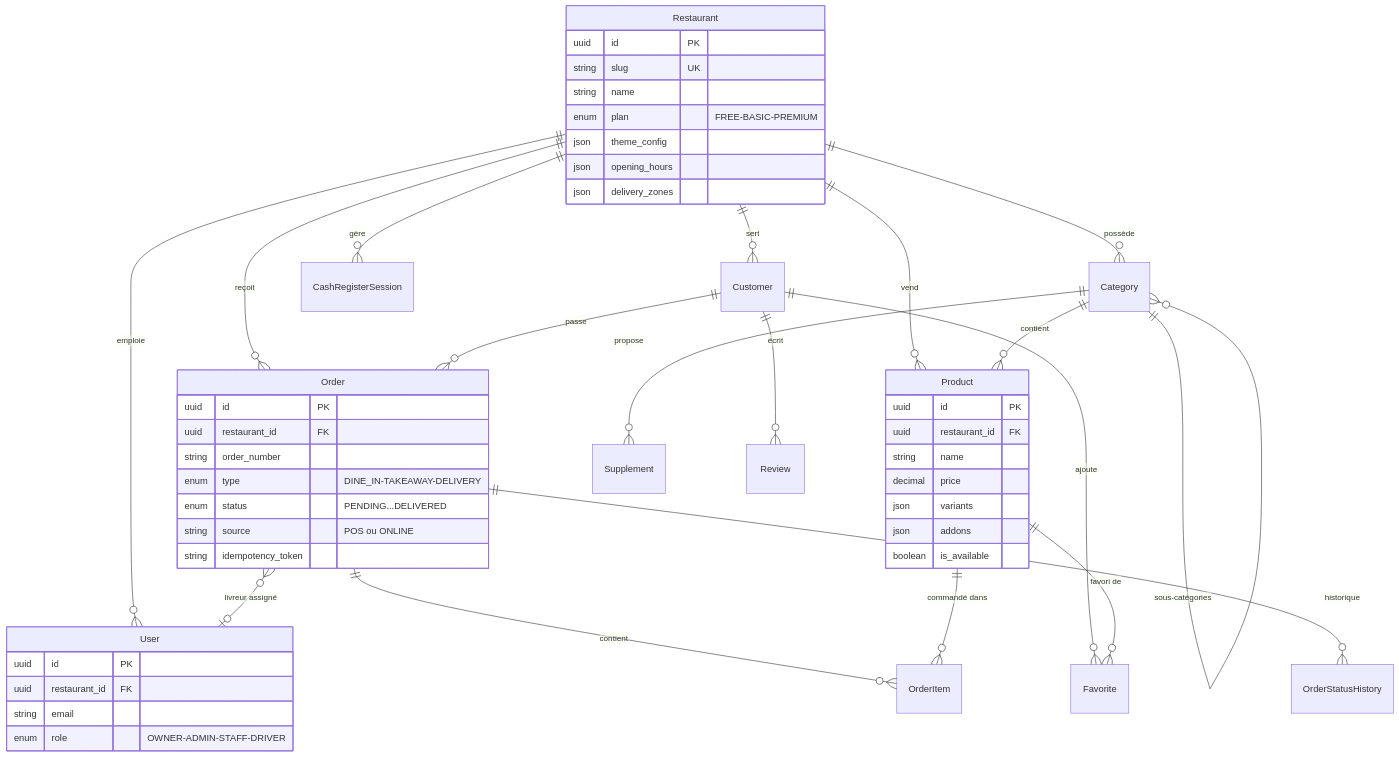
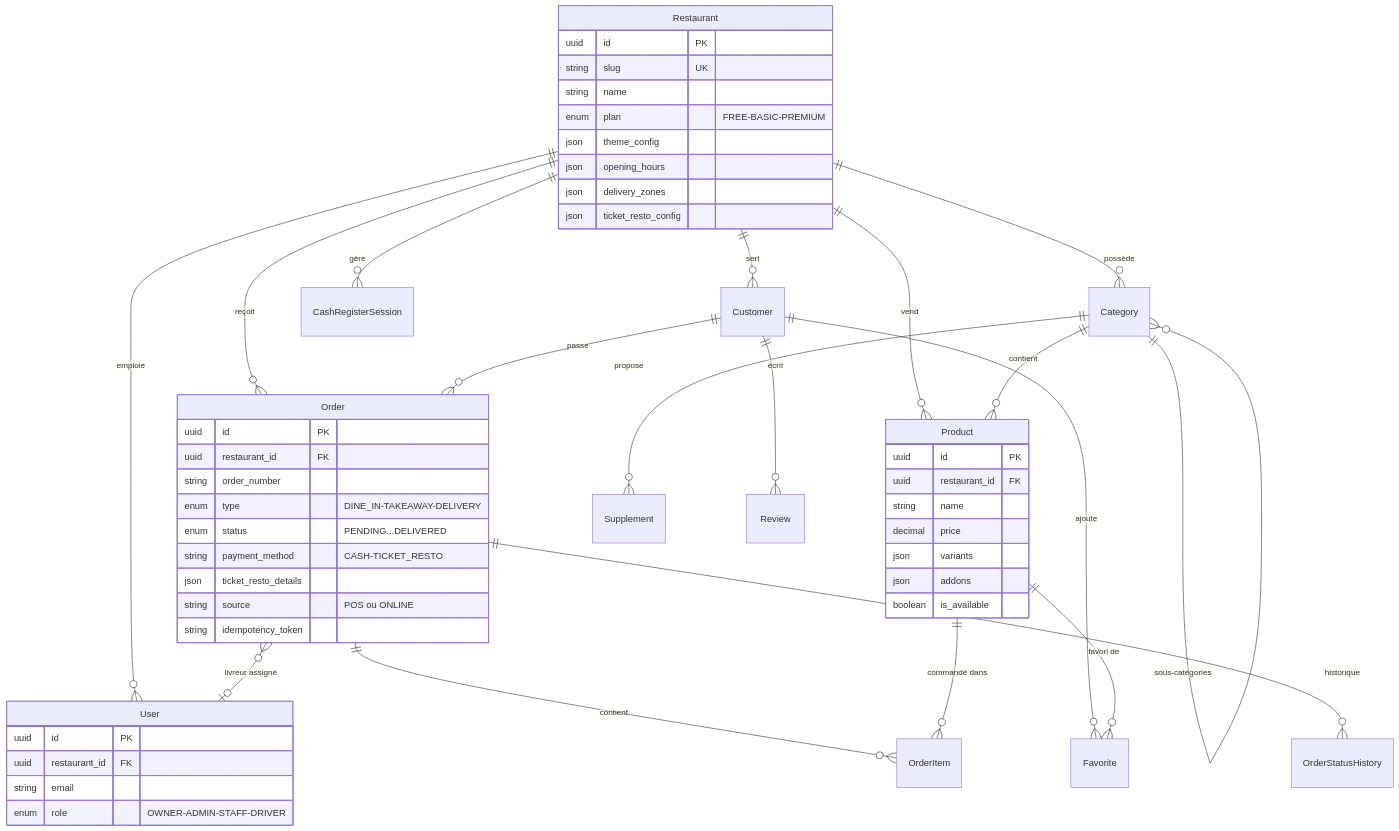
The fifth of 12 diagrams in README.md (Oussama-souissi024/Tnfood-architecture-case-study), drawn with Mermaid before and after one commit. The commit also changed other lines of this file and 13 other files, not shown here.

````diff
--- a/README.md
+++ b/README.md
@@ -411,61 +413,64 @@
 ```mermaid
 erDiagram
     Restaurant ||--o{ User : "emploie"
     Restaurant ||--o{ Category : "possède"
     Restaurant ||--o{ Product : "vend"
     Restaurant ||--o{ Order : "reçoit"
     Restaurant ||--o{ Customer : "sert"
     Restaurant ||--o{ CashRegisterSession : "gère"
 
     Category ||--o{ Product : "contient"
     Category ||--o{ Supplement : "propose"
     Category ||--o{ Category : "sous-catégories"
 
     Customer ||--o{ Order : "passe"
     Customer ||--o{ Review : "écrit"
     Customer ||--o{ Favorite : "ajoute"
 
     Order ||--o{ OrderItem : "contient"
     Order ||--o{ OrderStatusHistory : "historique"
     Order }o--o| User : "livreur assigné"
 
     Product ||--o{ OrderItem : "commandé dans"
     Product ||--o{ Favorite : "favori de"
 
     Restaurant {
         uuid id PK
         string slug UK
         string name
         enum plan "FREE-BASIC-PREMIUM"
         json theme_config
         json opening_hours
         json delivery_zones
+        json ticket_resto_config
     }
 
     User {
         uuid id PK
         uuid restaurant_id FK
         string email
         enum role "OWNER-ADMIN-STAFF-DRIVER"
     }
 
     Order {
         uuid id PK
         uuid restaurant_id FK
         string order_number
         enum type "DINE_IN-TAKEAWAY-DELIVERY"
         enum status "PENDING...DELIVERED"
+        string payment_method "CASH-TICKET_RESTO"
+        json ticket_resto_details
         string source "POS ou ONLINE"
         string idempotency_token
     }
 
     Product {
         uuid id PK
         uuid restaurant_id FK
         string name
         decimal price
         json variants
         json addons
         boolean is_available
     }
 ```
````
